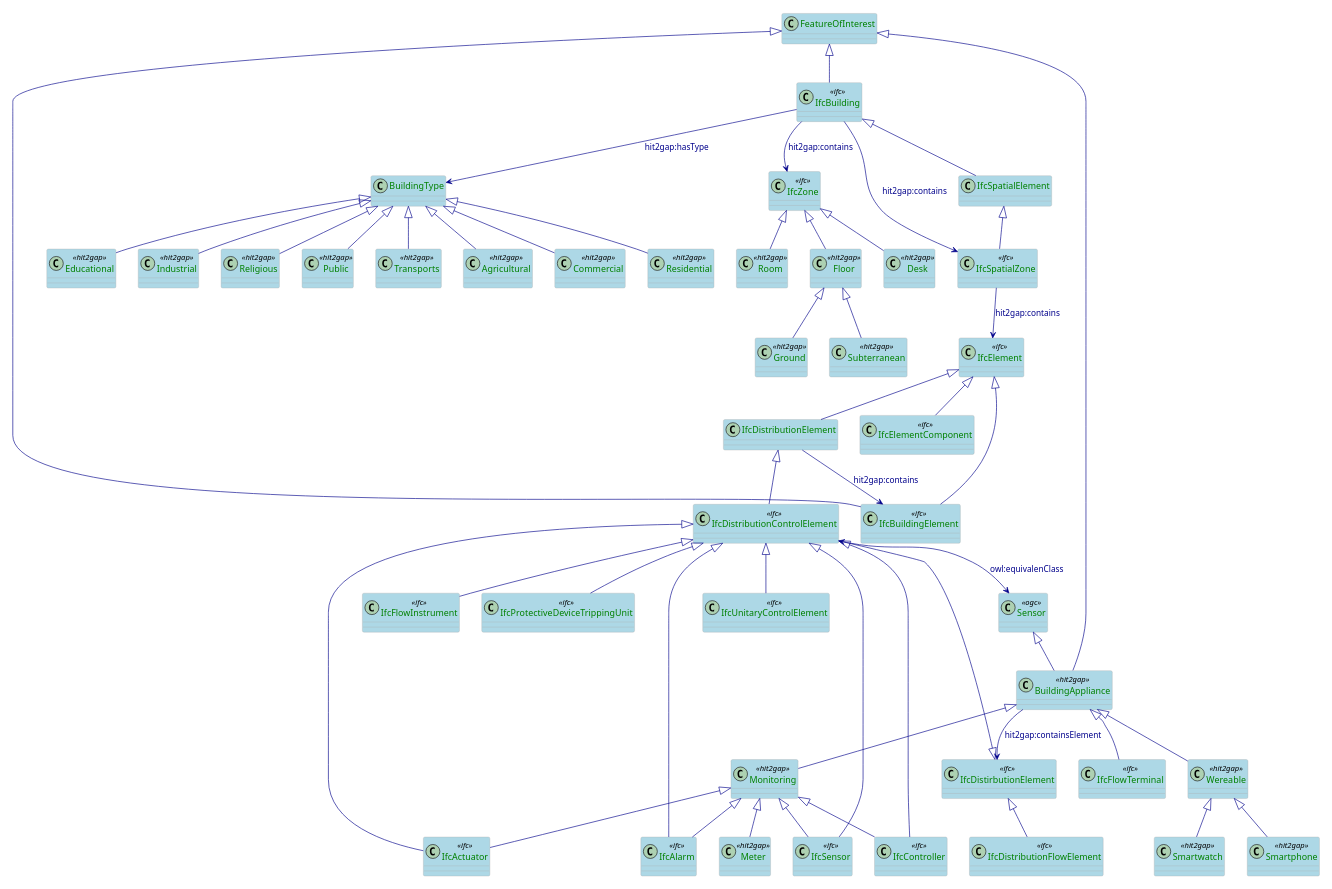
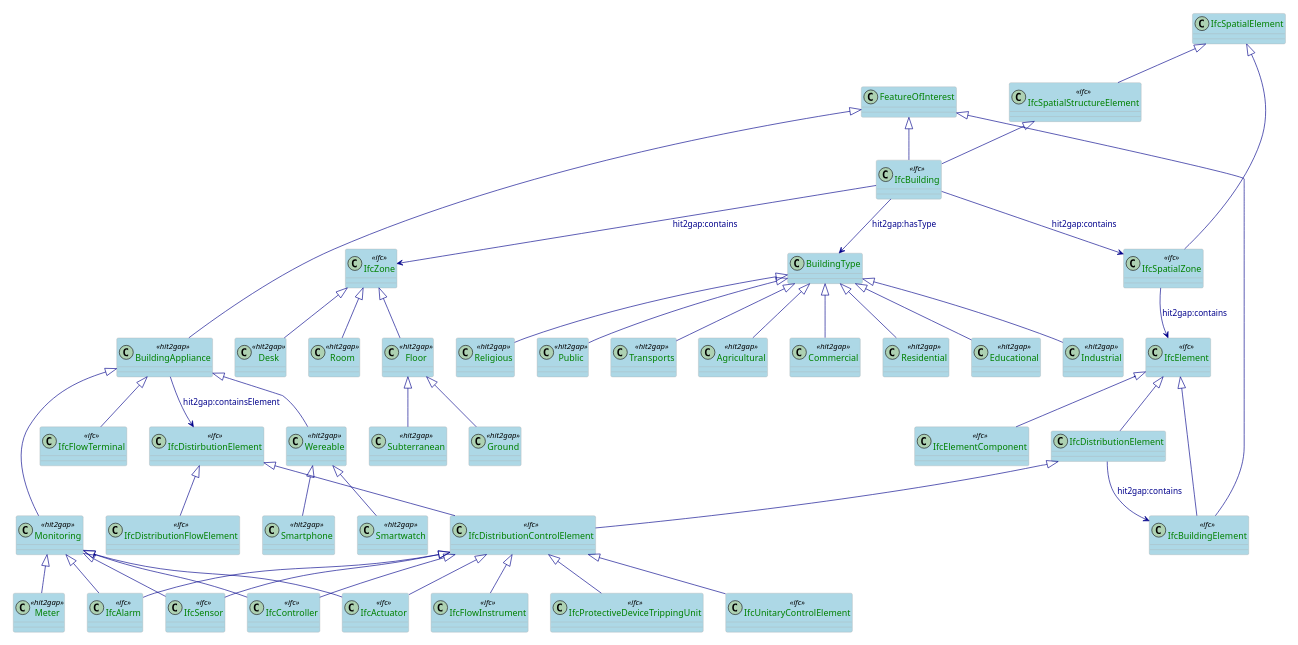
The diagram in docs/plantuml/FoI.puml (HIT2GAP-EU-PROJECT/BEMOnt), drawn with PlantUML before and after one commit. The commit also changed 1 other file, not shown here.

Commit message:
Fix ssn:Sensor equivalent class

```diff
--- a/docs/plantuml/FoI.puml
+++ b/docs/plantuml/FoI.puml
@@ -1,143 +1,141 @@
 @startuml
 
 scale 0.5
 
 skinparam class {
   ArrowColor DarkBlue
   ArrowFontColor DarkBlue
   BackgroundColor LightBlue
   BorderColor DarkGrey
 }
 skinparam stereotypeCBackgroundColor Wheat
 skinparam classAttributeFontColor  Green
 
 
 /'
   Definition of the Feature of interest classes
 '/
 class IfcBuilding <<ifc>>
 class IfcElement <<ifc>>
+class IfcSpatialStructureElement<<ifc>>
 class IfcBuildingElement <<ifc>>
 class IfcDistirbutionElement <<ifc>>
 class IfcElementComponent <<ifc>>
 class IfcDistributionControlElement <<ifc>>
 class IfcDistributionFlowElement <<ifc>>
 class IfcZone <<ifc>>
 class IfcSpatialZone <<ifc>>
 
-class Sensor <<ogc>>
 class IfcFlowInstrument <<ifc>>
 class IfcProtectiveDeviceTrippingUnit <<ifc>>
 class IfcSensor <<ifc>>
 class IfcUnitaryControlElement <<ifc>>
 class IfcFlowTerminal <<ifc>>
 
 class BuildingAppliance <<hit2gap>>
 
 class Monitoring <<hit2gap>>
 class Wereable <<hit2gap>>
 
 class Smartwatch <<hit2gap>>
 class Smartphone <<hit2gap>>
 
 class Meter <<hit2gap>>
 
 class IfcActuator <<ifc>>
 class IfcAlarm <<ifc>>
 class IfcController <<ifc>>
 
 /'
   Building types class definition
 '/
 class Agricultural <<hit2gap>>
 class Commercial <<hit2gap>>
 class Residential  <<hit2gap>>
 class Educational <<hit2gap>>
 class Industrial <<hit2gap>>
 class Religious <<hit2gap>>
 class Public <<hit2gap>>
 class Transports <<hit2gap>>
 
 /'
   Building Zones types definition
 '/
 
 class Room <<hit2gap>>
 class Floor <<hit2gap>>
 class Desk <<hit2gap>>
 class Subterranean <<hit2gap>>
 class Ground <<hit2gap>>
 
 
 
 /'
   Definition of the types of FoIs
 '/
 
 FeatureOfInterest <|-- IfcBuilding
 FeatureOfInterest <|-- BuildingAppliance
 FeatureOfInterest <|-- IfcBuildingElement
 
-Sensor<|-- BuildingAppliance
-
-IfcBuilding <|-- IfcSpatialElement
+IfcSpatialStructureElement <|-- IfcBuilding
+IfcSpatialElement <|-- IfcSpatialStructureElement
 IfcSpatialElement <|-- IfcSpatialZone
 
 BuildingAppliance --> IfcDistirbutionElement: hit2gap:containsElement
 
 IfcBuilding -->IfcSpatialZone: hit2gap:contains
 IfcBuilding -->IfcZone: hit2gap:contains
 IfcSpatialZone --> IfcElement: hit2gap:contains
 
 IfcElement <|-- IfcDistributionElement
 IfcElement <|-- IfcBuildingElement
 IfcElement <|-- IfcElementComponent
 
 IfcDistirbutionElement <|-- IfcDistributionControlElement
 IfcDistirbutionElement <|-- IfcDistributionFlowElement
 
 IfcDistributionElement --> IfcBuildingElement: hit2gap:contains
 
 BuildingType <|-- Agricultural
 BuildingType <|-- Commercial
 BuildingType <|-- Residential
 BuildingType <|-- Educational
 BuildingType <|-- Industrial
 BuildingType <|-- Religious
 BuildingType <|-- Public
 BuildingType <|-- Transports
 
 IfcBuilding --> BuildingType: hit2gap:hasType
 
 BuildingAppliance <|-- IfcFlowTerminal
 BuildingAppliance <|-- Monitoring
 BuildingAppliance <|-- Wereable
 
 Wereable <|-- Smartwatch
 Wereable <|-- Smartphone
 
 Monitoring <|-- IfcSensor
 Monitoring <|-- IfcActuator
 Monitoring <|-- IfcAlarm
 Monitoring <|-- IfcController
 Monitoring <|-- Meter
 
 IfcZone <|-- Room
 IfcZone <|-- Floor
 IfcZone <|-- Desk
 
 Floor <|-- Subterranean
 Floor <|-- Ground
 
 IfcDistributionElement <|-- IfcDistributionControlElement
 IfcDistributionControlElement <|-- IfcActuator
 IfcDistributionControlElement <|-- IfcAlarm
 IfcDistributionControlElement <|-- IfcController
 IfcDistributionControlElement <|-- IfcFlowInstrument
 IfcDistributionControlElement <|-- IfcProtectiveDeviceTrippingUnit
 IfcDistributionControlElement <|-- IfcSensor
 IfcDistributionControlElement <|-- IfcUnitaryControlElement
 
-IfcDistributionControlElement <--> Sensor: owl:equivalenClass
 
 @enduml
```
